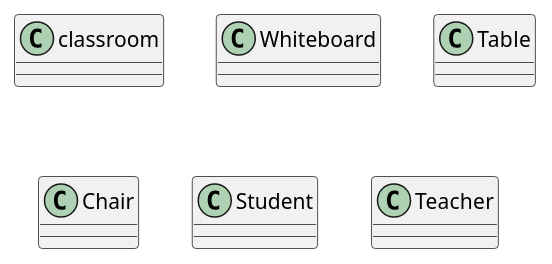
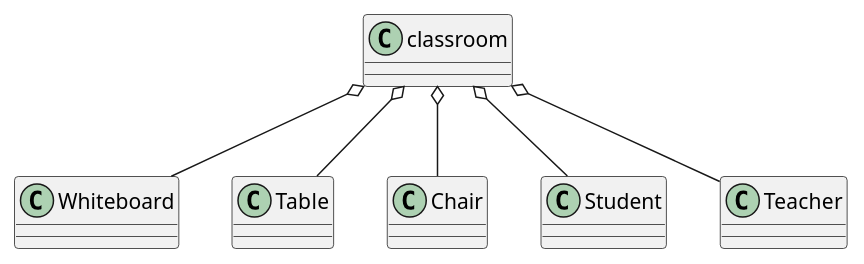
Before and after one commit to 63030042Nanraya/OOP-2564-Week-05: the seventh of 12 diagrams in 63030079/Assigment-Week-05.md, drawn with PlantUML. The commit also changed other lines of this file, not shown here.

````diff
--- a/63030079/Assigment-Week-05.md
+++ b/63030079/Assigment-Week-05.md
@@ -142,13 +141,15 @@
 ``` puml
 @startuml 
 class classroom{}
 class Whiteboard{}
 class Table{}
 class Chair{}
 class Student{}
 class Teacher{}
-' Todo: ทำให้สมบูรณ์
-
-
+classroom o-- Whiteboard
+classroom o-- Table
+classroom o-- Chair
+classroom o-- Student
+classroom o-- Teacher
 @enduml 
 ```
````
